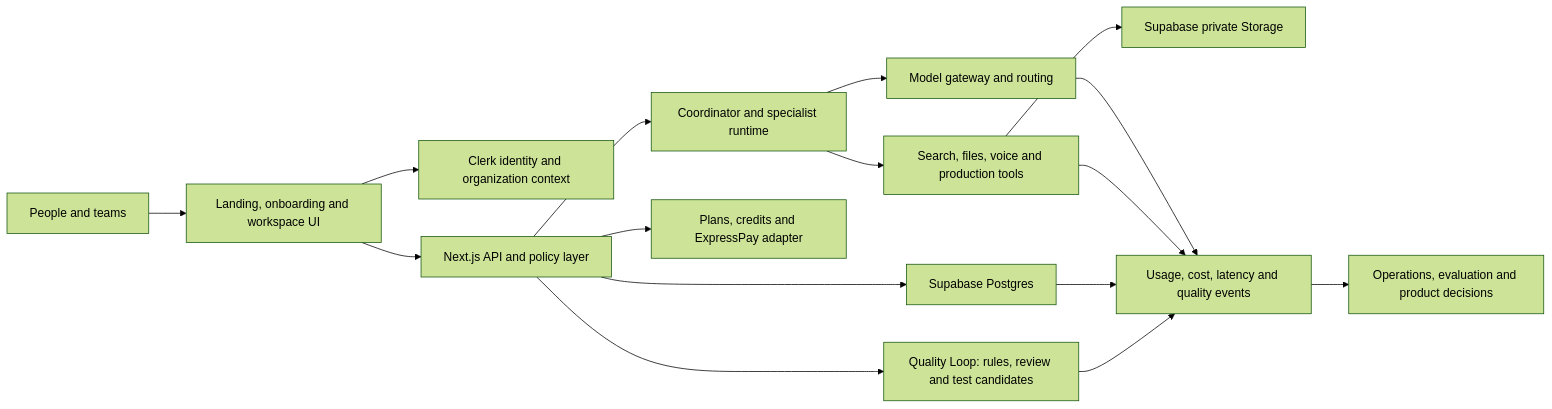
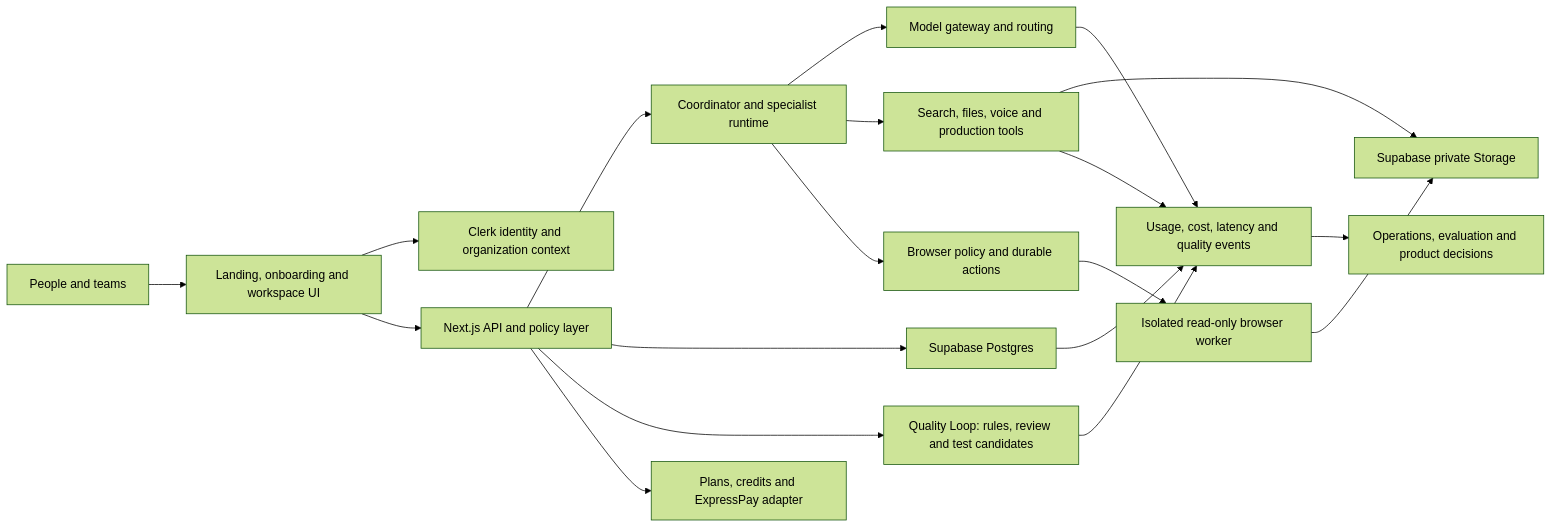
Before and after one commit to bamideletewogbade/ai360-lab: the first of 2 diagrams in SYSTEM_ARCHITECTURE.md, drawn with Mermaid (forest theme). The commit also changed other lines of this file and 4243 other files, not shown here.

````diff
--- a/SYSTEM_ARCHITECTURE.md
+++ b/SYSTEM_ARCHITECTURE.md
@@ -55,18 +59,21 @@
 ```mermaid
 flowchart LR
   U["People and teams"] --> X["Landing, onboarding and workspace UI"]
   X --> I["Clerk identity and organization context"]
   X --> A["Next.js API and policy layer"]
   A --> O["Coordinator and specialist runtime"]
   O --> M["Model gateway and routing"]
   O --> T["Search, files, voice and production tools"]
+  O --> G["Browser policy and durable actions"]
+  G --> W["Isolated read-only browser worker"]
+  W --> S
   A --> D["Supabase Postgres"]
   A --> Q["Quality Loop: rules, review and test candidates"]
   T --> S["Supabase private Storage"]
   A --> B["Plans, credits and ExpressPay adapter"]
   M --> E["Usage, cost, latency and quality events"]
   T --> E
   D --> E
   Q --> E
   E --> R["Operations, evaluation and product decisions"]
 ```
````
